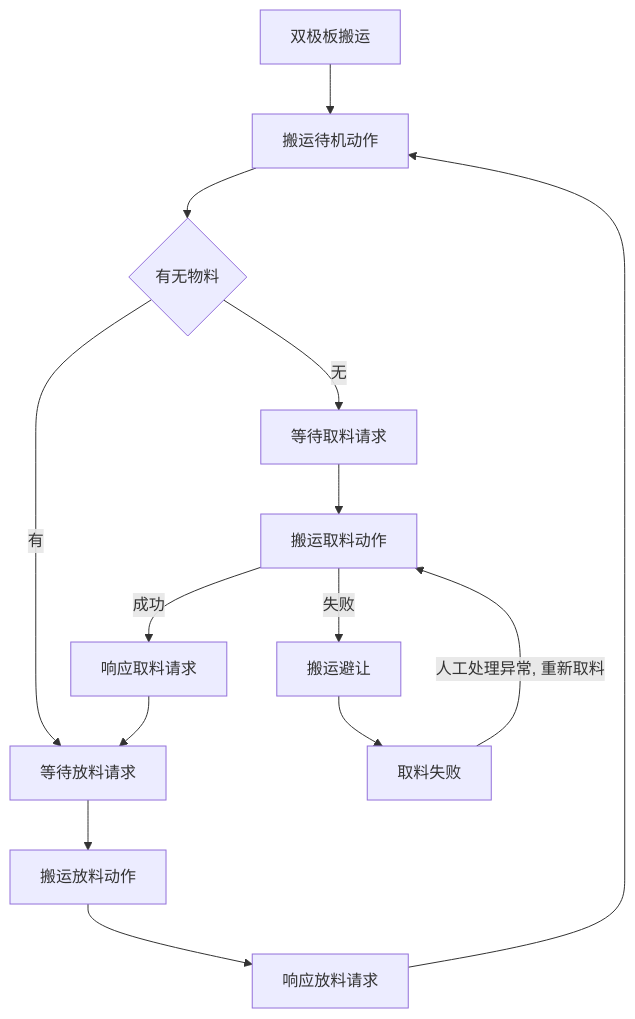
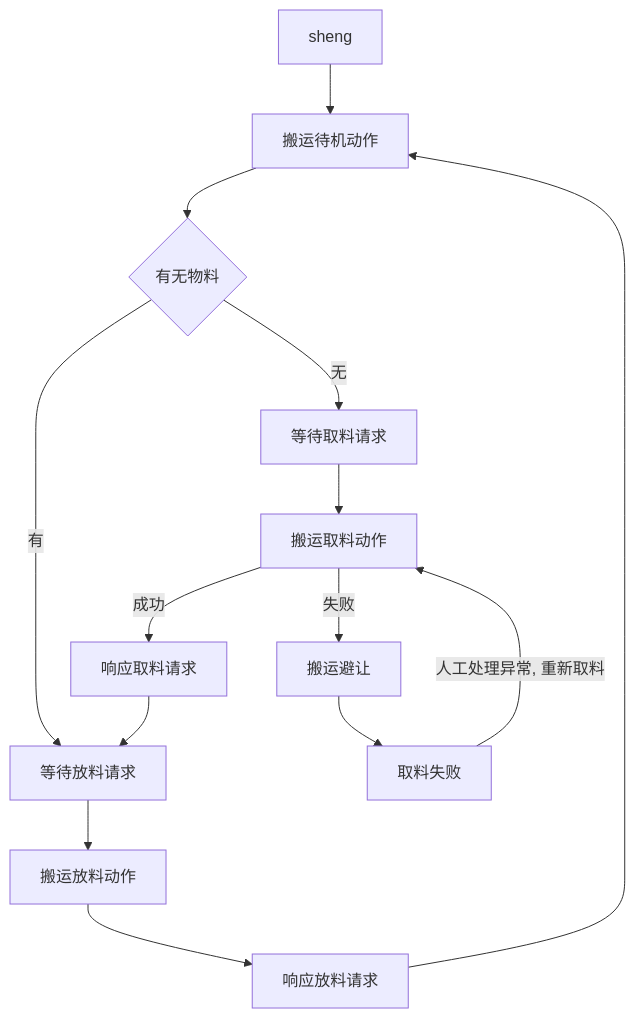
Before and after one commit to PengKun1/iodraw-files: the diagram in all/she'g'jang.md, drawn with Mermaid.

Commit message:
2024-12-23 09:31:23 update

````diff
--- a/all/she'g'jang.md
+++ b/all/she'g'jang.md
@@ -1,17 +1,17 @@
 ```mermaid
 graph TD
-0[双极板搬运]-->10
+0[sheng]-->10
 10[搬运待机动作]-->20
 20{有无物料}-->|无|30
 20-->|有|60
 30[等待取料请求]-->40
 40[搬运取料动作]-->|成功|50
 40-->|失败|90
 50[响应取料请求]-->60
 60[等待放料请求]-->70
 70[搬运放料动作]-->80
 80[响应放料请求]-->10
 90[搬运避让]-->900
 
 900[取料失败]-->|人工处理异常, 重新取料|40
 ```
````
